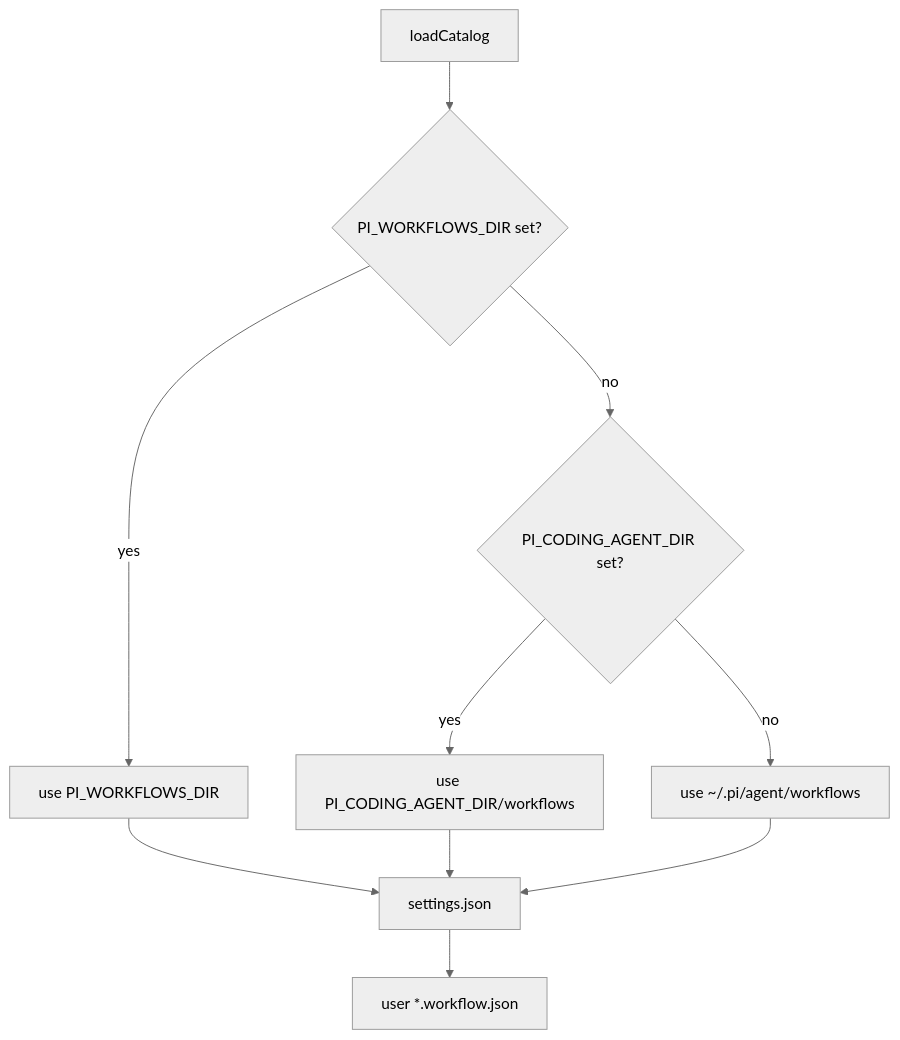
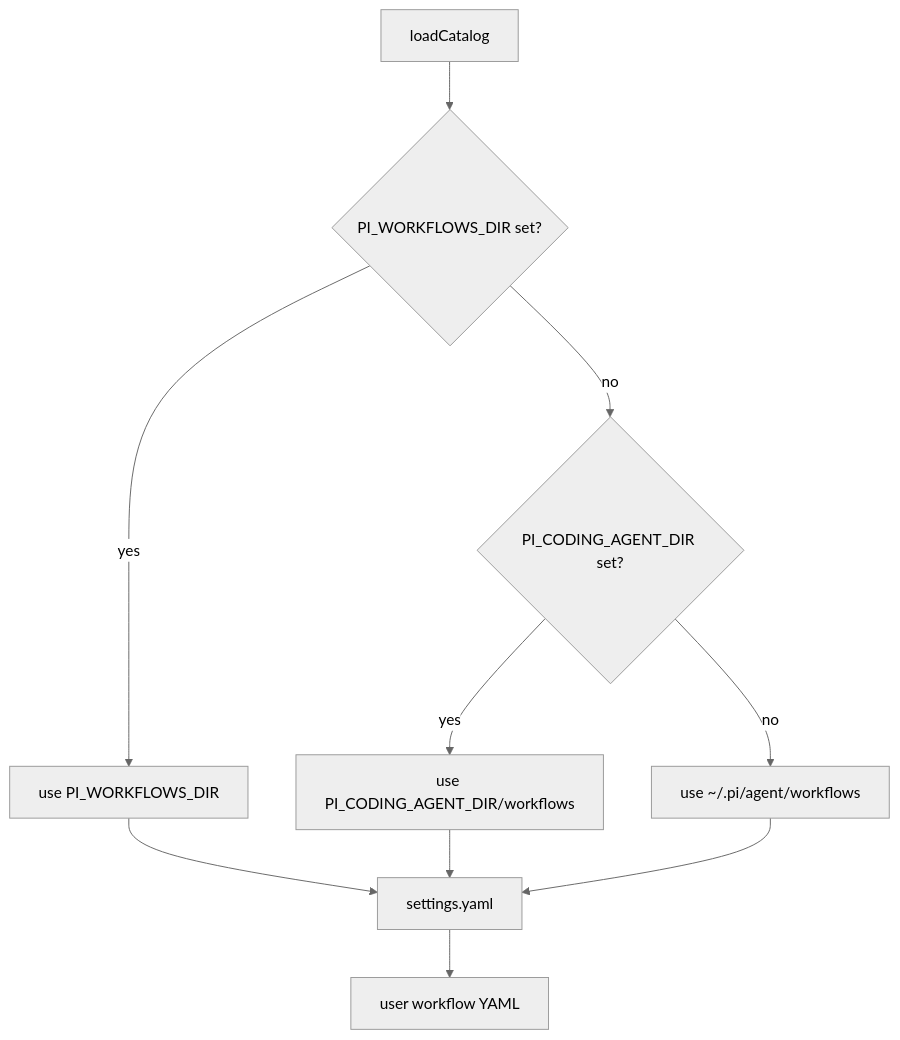
One commit to wichayutdew/pi-workflows changed the first of 5 diagrams in openwiki/authoring/settings-and-project-workflows.md. Above: the diagram before and after it, drawn with Mermaid (neutral theme). The commit also changed other lines of this file and 84 other files, not shown here.

````diff
--- a/openwiki/authoring/settings-and-project-workflows.md
+++ b/openwiki/authoring/settings-and-project-workflows.md
@@ -5,13 +5,13 @@
 ```mermaid
 flowchart TD
   Start[loadCatalog] --> Explicit{PI_WORKFLOWS_DIR set?}
   Explicit -- yes --> UserDir[use PI_WORKFLOWS_DIR]
   Explicit -- no --> AgentEnv{PI_CODING_AGENT_DIR set?}
   AgentEnv -- yes --> AgentDir[use PI_CODING_AGENT_DIR/workflows]
   AgentEnv -- no --> HomeDir[use ~/.pi/agent/workflows]
 
-  UserDir --> Settings[settings.json]
+  UserDir --> Settings[settings.yaml]
   AgentDir --> Settings
   HomeDir --> Settings
-  Settings --> UserFiles[user *.workflow.json]
+  Settings --> UserFiles[user workflow YAML]
 ```
````
